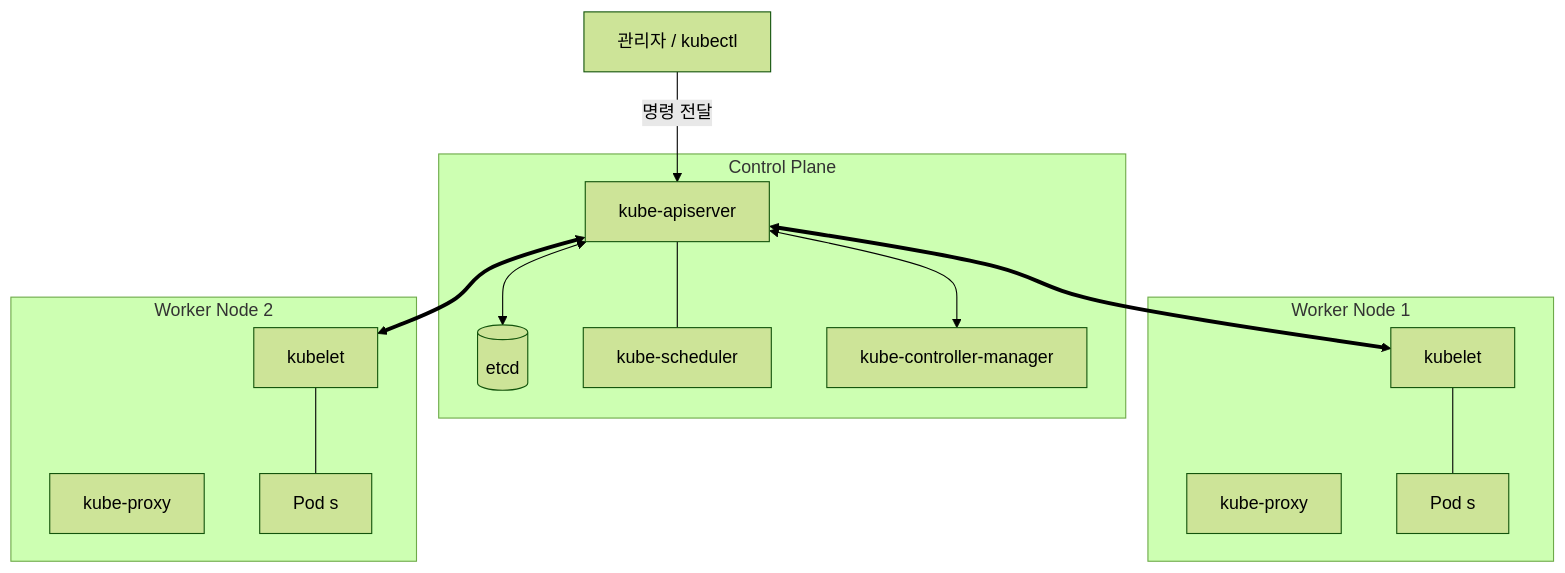
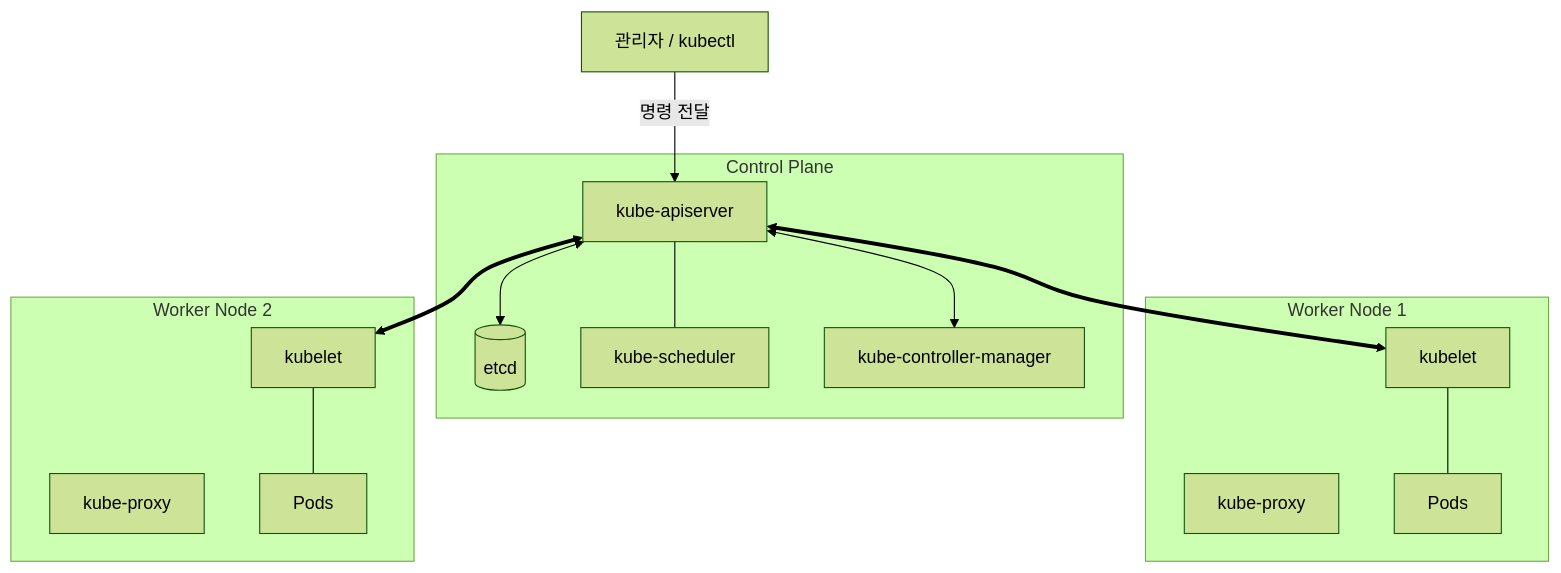
The diagram in docs/03-k8s-components.md (jeonck/k8s-adv), drawn with Mermaid (forest theme) before and after one commit. The commit also changed 111 other files, not shown here.

First line of the commit message:
Fix Mermaid diagram rendering in dynamic content

````diff
--- a/docs/03-k8s-components.md
+++ b/docs/03-k8s-components.md
@@ -32,31 +32,31 @@
-<div class="mermaid">
+```mermaid
 graph TD
     subgraph CP[Control Plane]
         API[kube-apiserver]
         ETCD[(etcd)]
         SCHED[kube-scheduler]
         KCM[kube-controller-manager]
-        
+
         API <--> ETCD
         API --- SCHED
         API <--> KCM
     end
 
     subgraph Node1[Worker Node 1]
         K1[kubelet]
         P1[kube-proxy]
-        Pod1[Pod s]
+        Pod1[Pods]
         K1 --- Pod1
     end
 
     subgraph Node2[Worker Node 2]
         K2[kubelet]
         P2[kube-proxy]
-        Pod2[Pod s]
+        Pod2[Pods]
         K2 --- Pod2
     end
 
     API <==> K1
     API <==> K2
     Admin[관리자 / kubectl] -- "명령 전달" --> API
-</div>
+```
````
